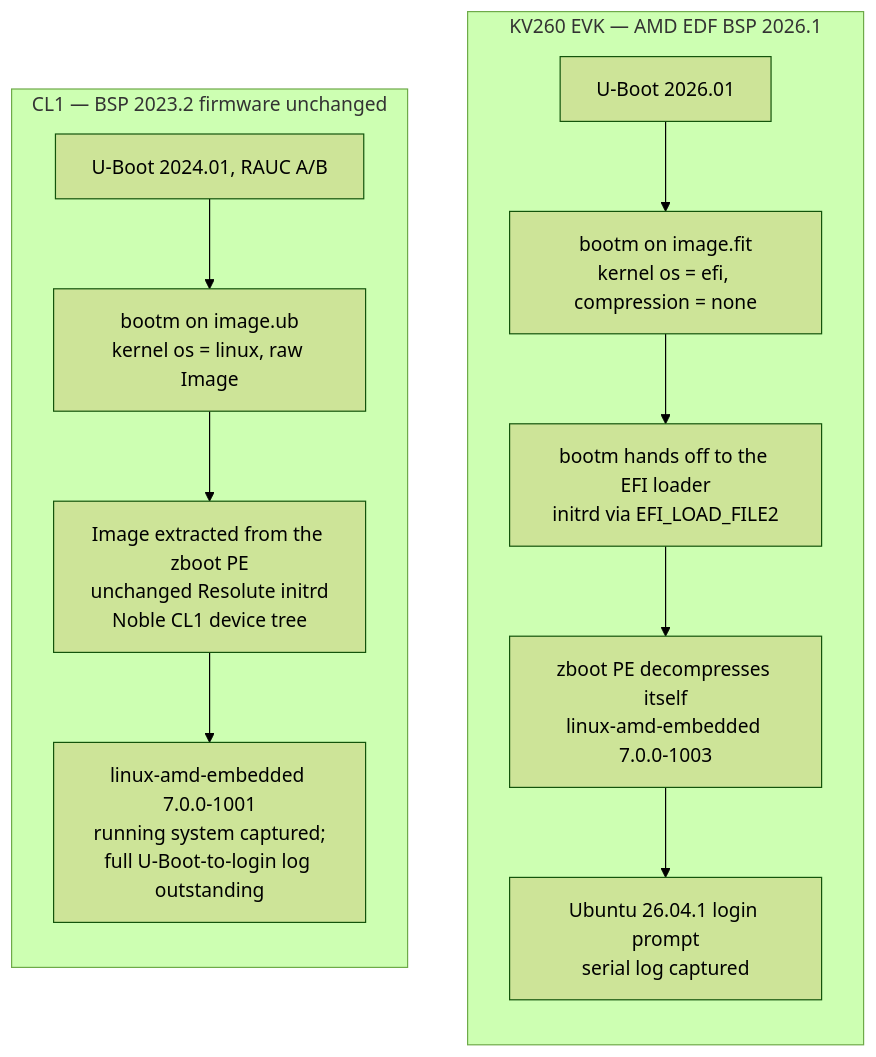
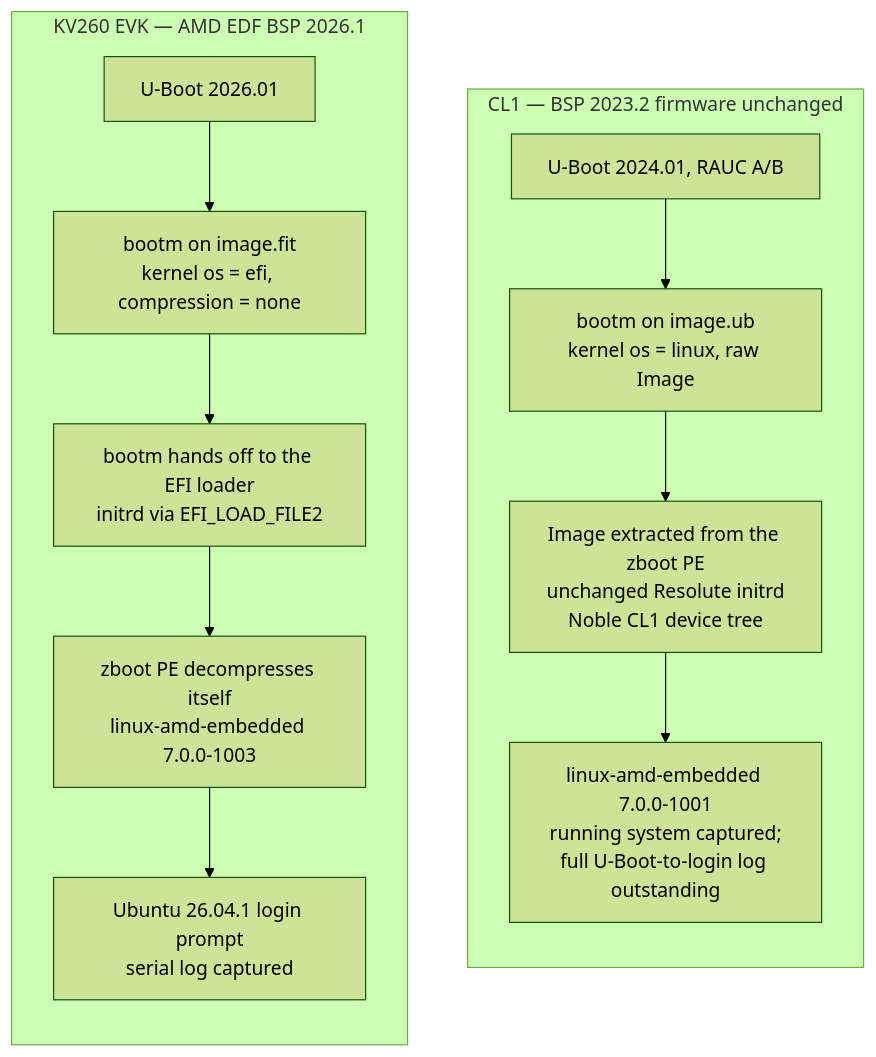
Before and after one commit to prash813/resolute_on_CorticalLabs_board: the diagram in docs/reports/resolute-kria-bringup-status.md, drawn with Mermaid (forest theme). The commit also changed 6 other files, not shown here.

````diff
--- a/docs/reports/resolute-kria-bringup-status.md
+++ b/docs/reports/resolute-kria-bringup-status.md
@@ -255,17 +255,19 @@
 ```mermaid
-flowchart TD
+flowchart LR
   subgraph KV260["KV260 EVK — AMD EDF BSP 2026.1"]
     direction TB
     K1["U-Boot 2026.01"] --> K2["bootm on image.fit<br/>kernel os = efi, compression = none"]
     K2 --> K3["bootm hands off to the EFI loader<br/>initrd via EFI_LOAD_FILE2"]
     K3 --> K4["zboot PE decompresses itself<br/>linux-amd-embedded 7.0.0-1003"]
     K4 --> K5["Ubuntu 26.04.1 login prompt<br/>serial log captured"]
   end
 
   subgraph CL1["CL1 — BSP 2023.2 firmware unchanged"]
     direction TB
     C1["U-Boot 2024.01, RAUC A/B"] --> C2["bootm on image.ub<br/>kernel os = linux, raw Image"]
     C2 --> C3["Image extracted from the zboot PE<br/>unchanged Resolute initrd<br/>Noble CL1 device tree"]
     C3 --> C4["linux-amd-embedded 7.0.0-1001<br/>running system captured;<br/>full U-Boot-to-login log outstanding"]
   end
+
+  KV260 ~~~ CL1
 ```
````
